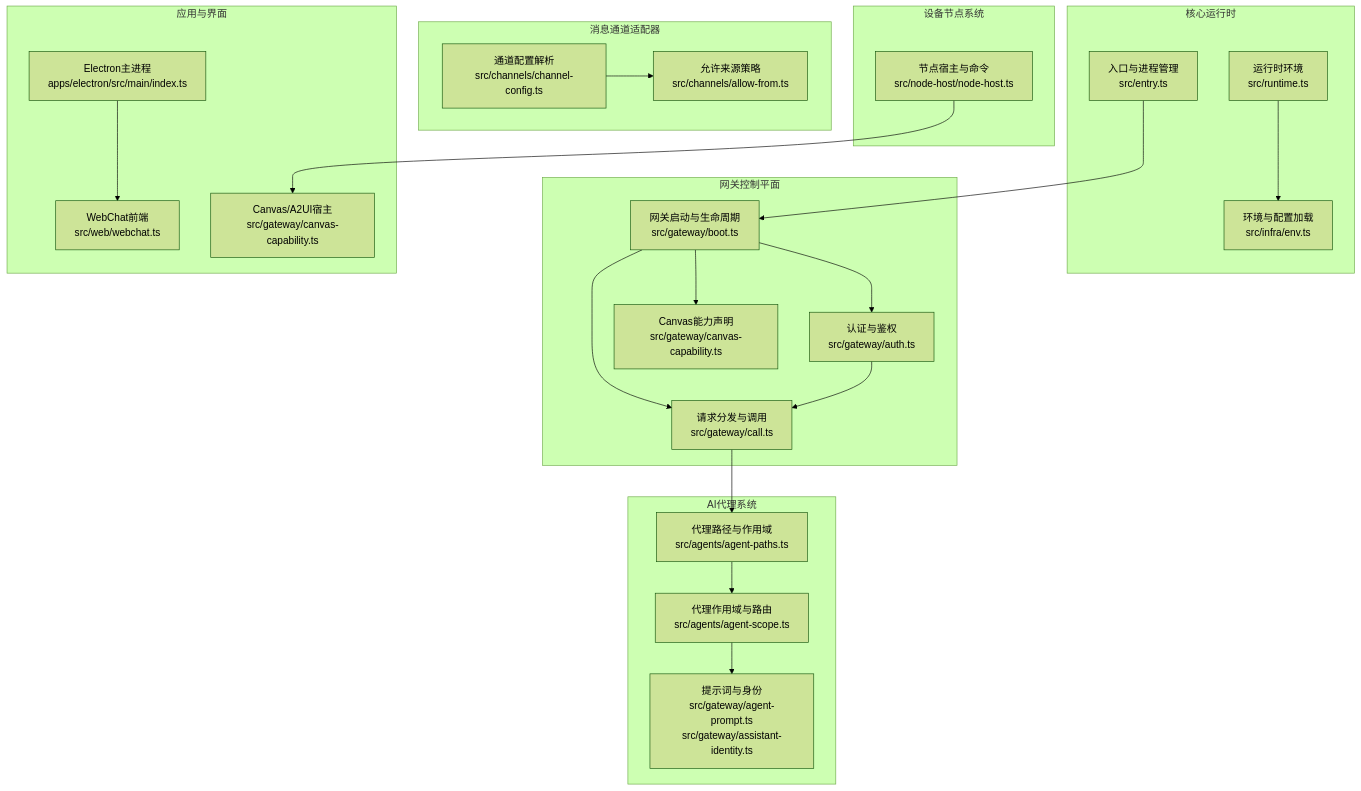
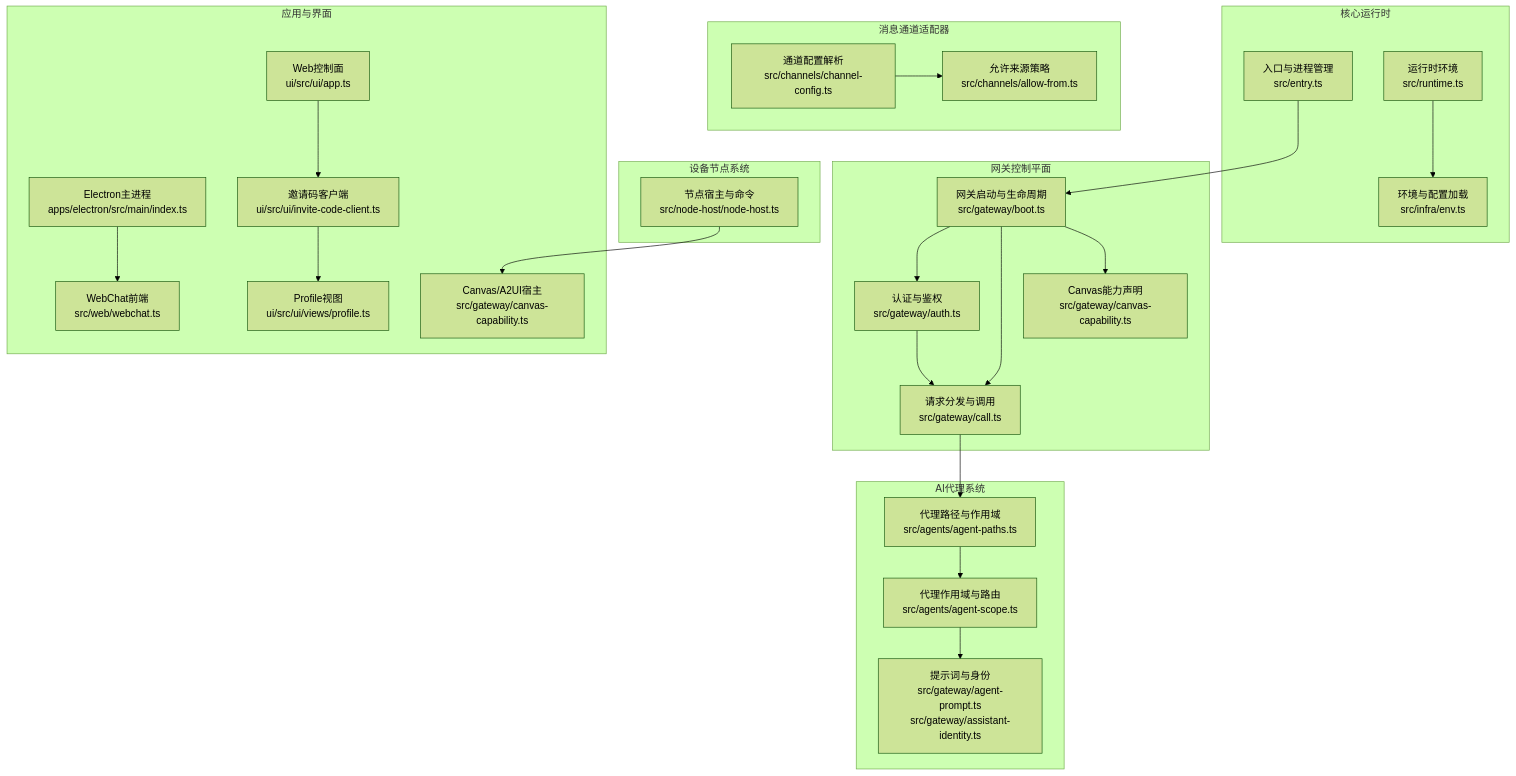
Before and after one commit to verse-ai-org/openclaw: the first of 10 diagrams in .qoder/repowiki/zh/content/项目概述/技术架构概览/技术架构概览.md, drawn with Mermaid (forest theme). The commit also changed other lines of this file and 27 other files, not shown here.

````diff
--- a/.qoder/repowiki/zh/content/项目概述/技术架构概览/技术架构概览.md
+++ b/.qoder/repowiki/zh/content/项目概述/技术架构概览/技术架构概览.md
@@ -62,43 +76,48 @@
 ```mermaid
 graph TB
 subgraph "核心运行时"
 Entry["入口与进程管理<br/>src/entry.ts"]
 Runtime["运行时环境<br/>src/runtime.ts"]
 Env["环境与配置加载<br/>src/infra/env.ts"]
 end
 subgraph "网关控制平面"
 Boot["网关启动与生命周期<br/>src/gateway/boot.ts"]
 Auth["认证与鉴权<br/>src/gateway/auth.ts"]
 Call["请求分发与调用<br/>src/gateway/call.ts"]
 CanvasCap["Canvas能力声明<br/>src/gateway/canvas-capability.ts"]
 end
 subgraph "AI代理系统"
 AgentPaths["代理路径与作用域<br/>src/agents/agent-paths.ts"]
 AgentScope["代理作用域与路由<br/>src/agents/agent-scope.ts"]
 Prompt["提示词与身份<br/>src/gateway/agent-prompt.ts<br/>src/gateway/assistant-identity.ts"]
 end
 subgraph "消息通道适配器"
 ChannelCfg["通道配置解析<br/>src/channels/channel-config.ts"]
 AllowFrom["允许来源策略<br/>src/channels/allow-from.ts"]
 end
 subgraph "设备节点系统"
 NodeHost["节点宿主与命令<br/>src/node-host/node-host.ts"]
 end
 subgraph "应用与界面"
 Electron["Electron主进程<br/>apps/electron/src/main/index.ts"]
 Webchat["WebChat前端<br/>src/web/webchat.ts"]
 CanvasHost["Canvas/A2UI宿主<br/>src/gateway/canvas-capability.ts"]
+UI["Web控制面<br/>ui/src/ui/app.ts"]
+InviteCodeClient["邀请码客户端<br/>ui/src/ui/invite-code-client.ts"]
+ProfileView["Profile视图<br/>ui/src/ui/views/profile.ts"]
 end
 Entry --> Boot
 Boot --> Auth
 Boot --> Call
 Boot --> CanvasCap
 Auth --> Call
 Call --> AgentPaths
 AgentPaths --> AgentScope
 AgentScope --> Prompt
 ChannelCfg --> AllowFrom
 NodeHost --> CanvasHost
 Electron --> Webchat
 Runtime --> Env
+UI --> InviteCodeClient
+InviteCodeClient --> ProfileView
 ```
````
